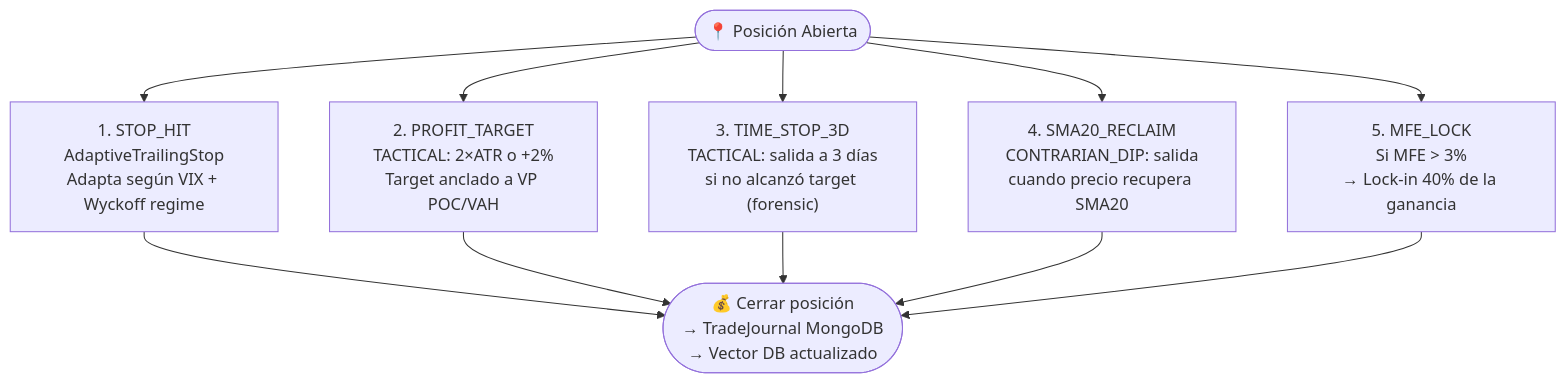
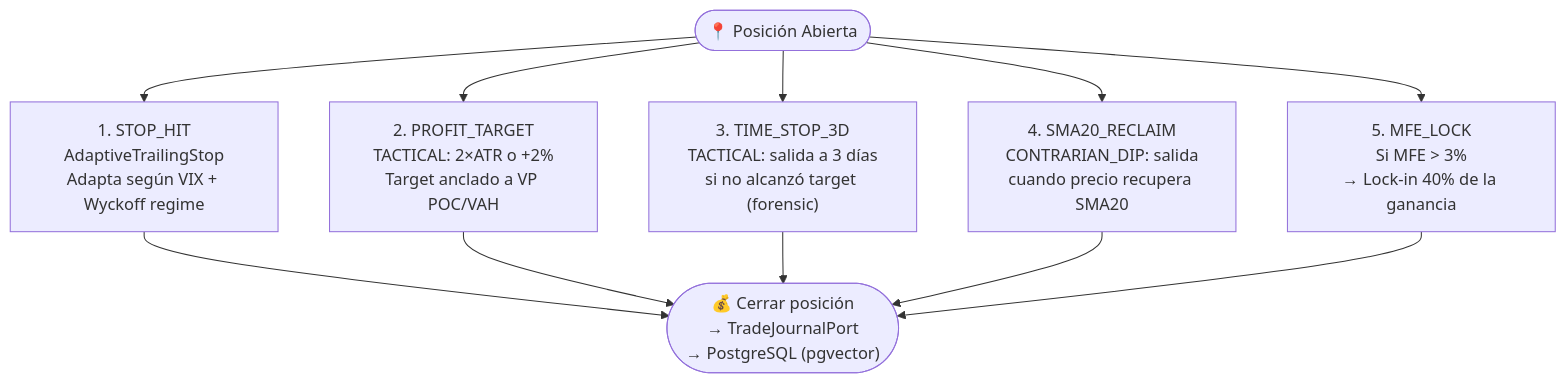
Before and after one commit to Charlie7532/botero-trade-engine: the eighth of 12 diagrams in docs/architecture-diagram.md, drawn with Mermaid. The commit also changed other lines of this file, not shown here.

Commit message:
docs: upgrade architecture diagram to v10 reflecting transition to clean architecture and PostgreSQL consolidation

````diff
--- a/docs/architecture-diagram.md
+++ b/docs/architecture-diagram.md
@@ -425,22 +423,22 @@
 ```mermaid
 flowchart TD
     POS(["📍 Posición Abierta"])
 
     E1["1. STOP_HIT<br/>AdaptiveTrailingStop<br/>Adapta según VIX + Wyckoff regime"]
     E2["2. PROFIT_TARGET<br/>TACTICAL: 2×ATR o +2%<br/>Target anclado a VP POC/VAH"]
     E3["3. TIME_STOP_3D<br/>TACTICAL: salida a 3 días<br/>si no alcanzó target (forensic)"]
     E4["4. SMA20_RECLAIM<br/>CONTRARIAN_DIP: salida<br/>cuando precio recupera SMA20"]
     E5["5. MFE_LOCK<br/>Si MFE > 3%<br/>→ Lock-in 40% de la ganancia"]
 
     POS --> E1
     POS --> E2
     POS --> E3
     POS --> E4
     POS --> E5
 
-    E1 --> CLOSE(["💰 Cerrar posición<br/>→ TradeJournal MongoDB<br/>→ Vector DB actualizado"])
+    E1 --> CLOSE(["💰 Cerrar posición<br/>→ TradeJournalPort<br/>→ PostgreSQL (pgvector)"])
     E2 --> CLOSE
     E3 --> CLOSE
     E4 --> CLOSE
     E5 --> CLOSE
 ```
````
